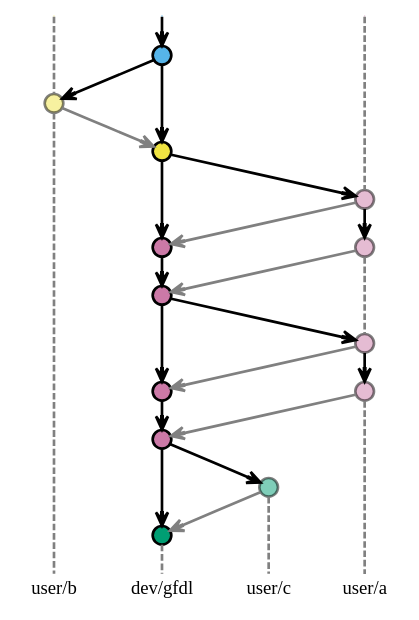
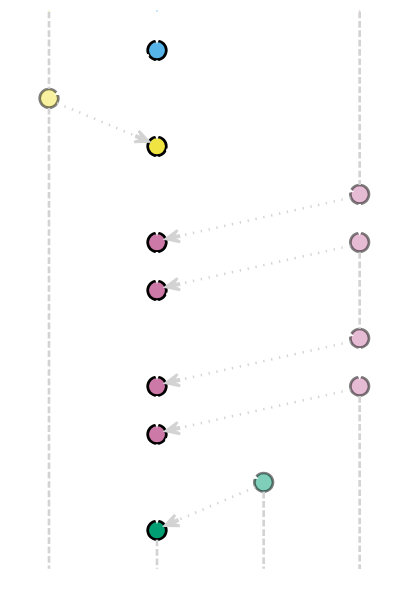
Before and after one commit to marshallward/woco2023: the diagram in dot/git_rebased.dot, drawn with Graphviz. The commit also changed 3 other files, not shown here.

```diff
--- a/dot/git_rebased.dot
+++ b/dot/git_rebased.dot
@@ -1,129 +1,130 @@
 digraph git_no_ff {
     rankdir="TB"
     nodesep=0.2
     ranksep=0.3
-    //outputorder=edgesfirst
+
+    bgcolor = transparent
 
     // Global settings
     node [
         style=filled
         color="black"
         fontname="Inconsolata"
         fontcolor=black
     ]
     edge [
         arrowhead=vee
-        color="black"
+        color="white"
         penwidth=2
     ]
 
     // Branch label nodes
     node [
         fixedsize=false
         penwidth=0
         fillcolor=none
         shape=none
         width=0
         height=0
         margin="0.05"
     ]
     subgraph {
         rank=sink
-        me [label="dev/gfdl", group="main"]
+        me [label="dev/gfdl", group="main", fontcolor = white]
     }
     subgraph {
         rank=sink
-        ae [label="user/a", group="a"]
+        ae [label="user/a", group="a", fontcolor = white]
     }
     subgraph {
         rank=sink
-        be [label="user/b", group="b"]
+        be [label="user/b", group="b", fontcolor = white]
     }
     subgraph {
         rank=sink
-        ce [label="user/c", group="c"]
+        ce [label="user/c", group="c", fontcolor = white]
     }
 
     // Commit nodes
     node [
         width=0.2
         height=0.2
         label=""
         shape=circle
         penwidth=2
     ]
 
     // main branch
     edge [weight = 2]
     node [
         group="main"
         fillcolor="#56B4E9"
     ]
     m1 -> mb1 -> ma1 -> ma2 -> ma3 -> ma4 -> mc1
     mb1 [fillcolor="#F0E442"]
     ma1 [fillcolor="#CC79A7"]
     ma2 [fillcolor="#CC79A7"]
     ma3 [fillcolor="#CC79A7"]
     ma4 [fillcolor="#CC79A7"]
     mc1 [fillcolor="#009E73"]
     subgraph {
         rank=source
         ms [label="", width=0, height=0, penwidth=0]
     }
     ms -> m1
-    mc1 -> me [color="gray", style=dashed, arrowhead=none]
+    mc1 -> me [color="lightgray", style=dashed, arrowhead=none]
 // user C
     node [
         group="c"
         fillcolor = "#009E7380"
         color="#00000080"
     ]
     //subgraph {
     //    rank=source
     //    cs [label="", width=0, height=0, penwidth=0]
     //}
-    //cs -> c1 -> ce [color="gray", style=dashed, arrowhead=none]
-    c1 -> ce [color="gray", style=dashed, arrowhead=none]
+    //cs -> c1 -> ce [color="lightgray", style=dashed, arrowhead=none]
+    c1 -> ce [color="lightgray", style=dashed, arrowhead=none]
 
     // user A
     node [
         group="a"
         fillcolor="#CC79A780"
         color="#00000080"
     ]
     a1 -> a2
     a3 -> a4
     subgraph {
         rank=source
         as [label="", width=0, height=0, penwidth=0]
     }
-    as -> a1 [color="gray", style=dashed, arrowhead=none]
-    a2 -> a3 [color="gray", style=dashed, arrowhead=none]
-    a4 -> ae [color="gray", style=dashed, arrowhead=none]
+    as -> a1 [color="lightgray", style=dashed, arrowhead=none]
+    a2 -> a3 [color="lightgray", style=dashed, arrowhead=none]
+    a4 -> ae [color="lightgray", style=dashed, arrowhead=none]
 
     // user B
     node [
         group="b"
         fillcolor="#F0E44280" 
         color="#00000080"
     ]
     subgraph {
         rank=source
         bs [label="", width=0, height=0, penwidth=0]
     }
-    bs -> b1 -> be [color="gray", style=dashed, arrowhead=none]
+    bs -> b1 -> be [color="lightgray", style=dashed, arrowhead=none]
 
     // Branch interactions
     m1 -> b1
     mb1 -> a1
     ma2 -> a3
     ma4 -> c1
 
-    edge [color="gray"]
+    edge [color="lightgray", style=dotted]
     a1 -> ma1
     a2 -> ma2
     a3 -> ma3
     a4 -> ma4
     b1 -> mb1
     c1 -> mc1 
 }
```
